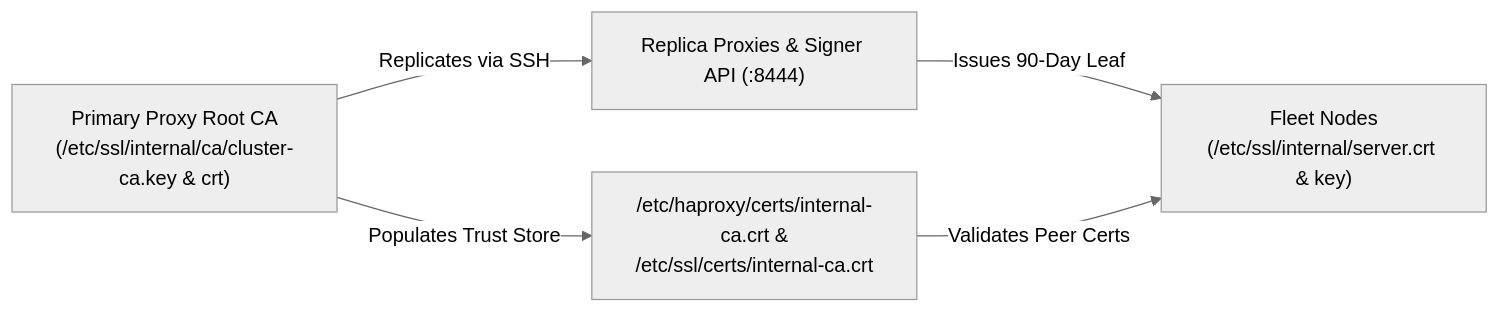
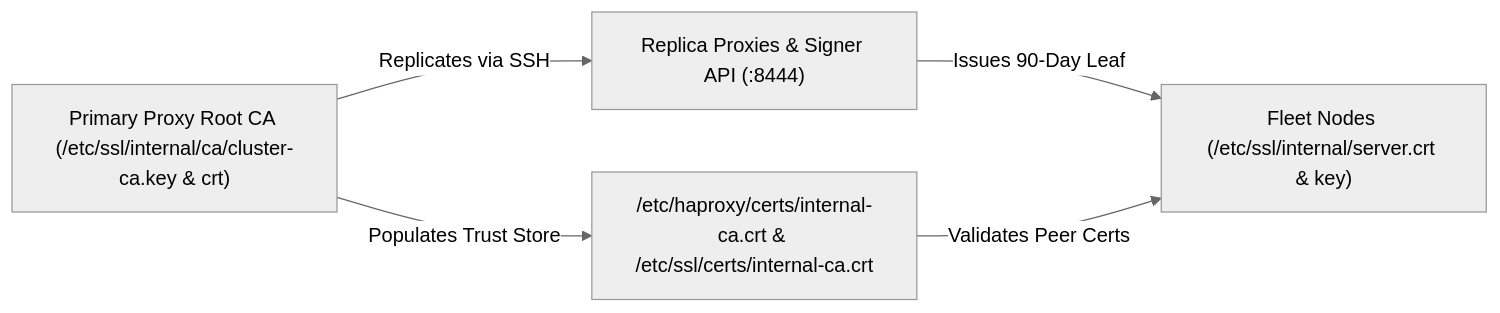
One commit to RedKrieg/infrastructure-maintenance changed the diagram in docs/secret-rotation-and-key-management.md. Above: the diagram before and after it, drawn with Mermaid (neutral theme). The commit also changed 25 other files, not shown here.

Commit message:
Fix Mermaid, math, code fence, and ASCII diagram rendering across docs

````diff
--- a/docs/secret-rotation-and-key-management.md
+++ b/docs/secret-rotation-and-key-management.md
@@ -206,7 +206,7 @@
 ```mermaid
 flowchart LR
-    RootCA["Primary Proxy Root CA<br>(/etc/ssl/internal/ca/cluster-ca.key & crt)"] -->|Replicates via SSH| PeerProxy["Replica Proxies & Signer API (:8444)"]
-    PeerProxy -->|Issues 90-Day Leaf| Fleet["Fleet Nodes<br>(/etc/ssl/internal/server.crt & key)"]
-    RootCA -->|Populates Trust Store| Trust["/etc/haproxy/certs/internal-ca.crt &<br>/etc/ssl/certs/internal-ca.crt"]
-    Trust -->|Validates Peer Certs| Fleet
+    RootCA["Primary Proxy Root CA (/etc/ssl/internal/ca/cluster-ca.key & crt)"] -->|"Replicates via SSH"| PeerProxy["Replica Proxies & Signer API (:8444)"]
+    PeerProxy -->|"Issues 90-Day Leaf"| Fleet["Fleet Nodes (/etc/ssl/internal/server.crt & key)"]
+    RootCA -->|"Populates Trust Store"| Trust["/etc/haproxy/certs/internal-ca.crt & /etc/ssl/certs/internal-ca.crt"]
+    Trust -->|"Validates Peer Certs"| Fleet
 ```
````
